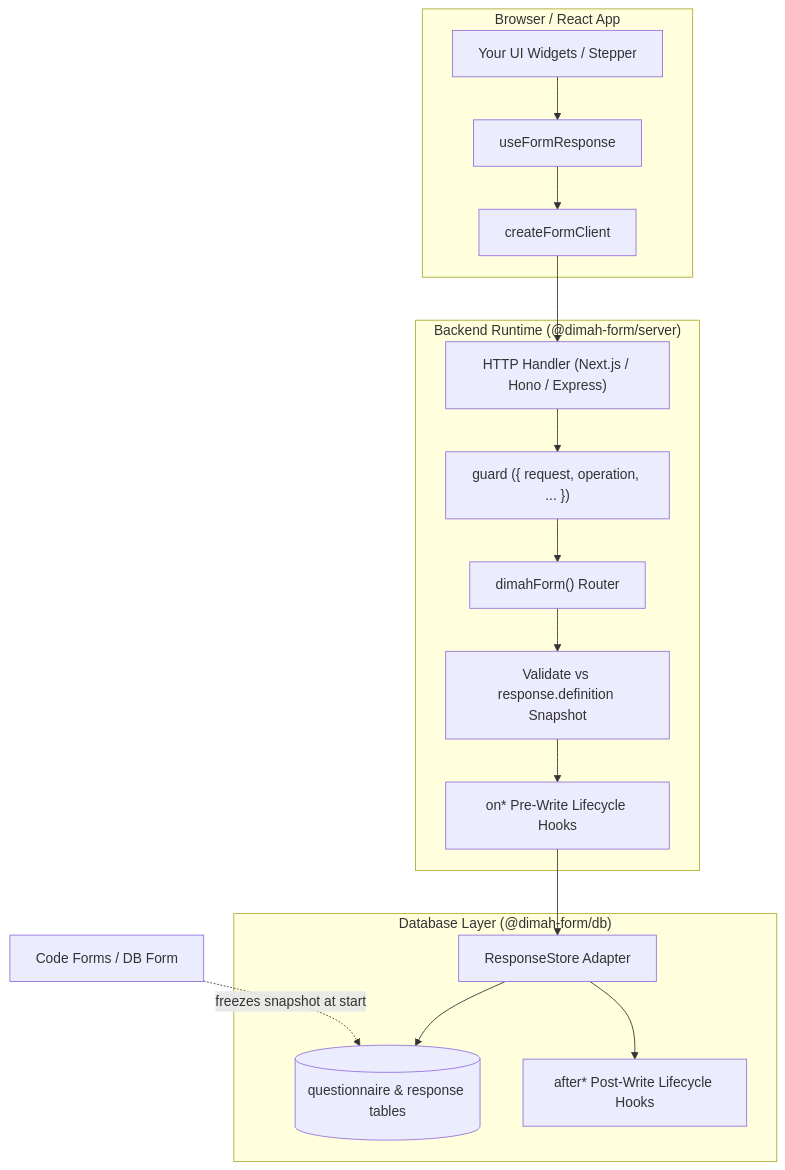
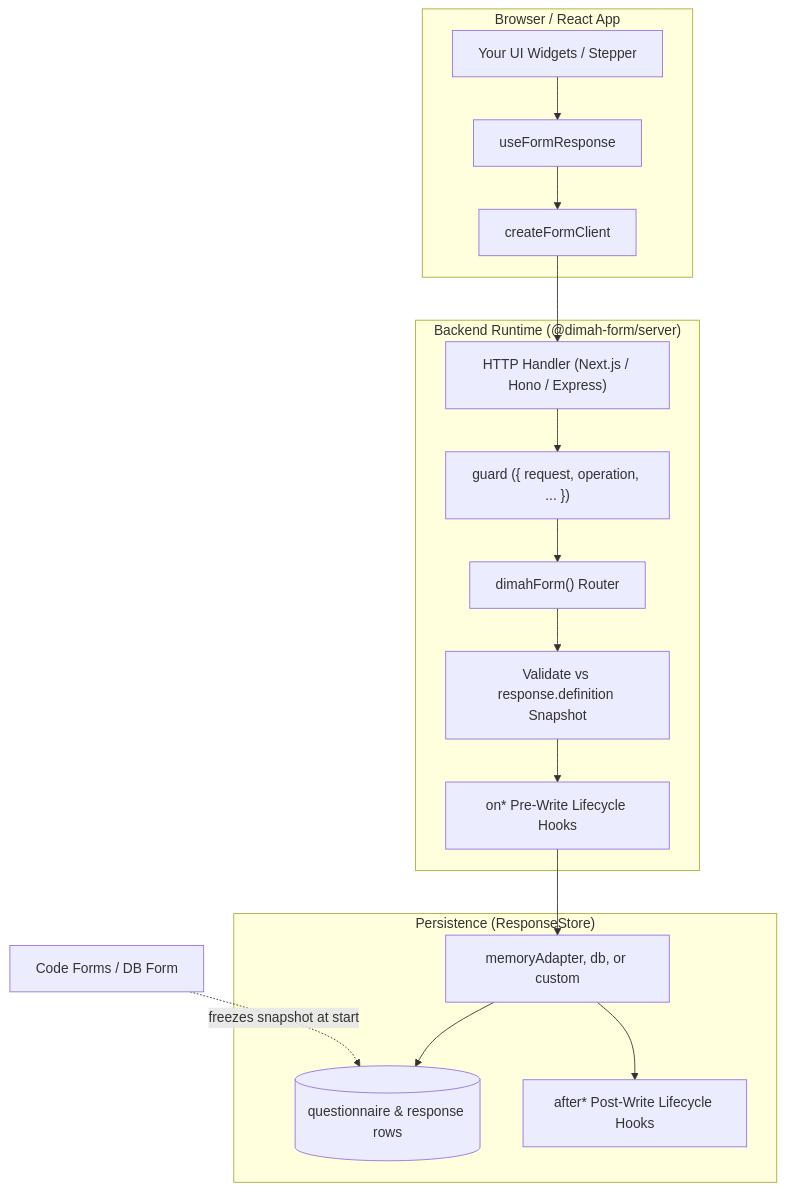
One commit to dimah-kz/dimah-form changed the diagram in apps/docs/content/docs/(concepts)/architecture.mdx. Above: the diagram before and after it, drawn with Mermaid. The commit also changed other lines of this file and 12 other files, not shown here.

First line of the commit message:
Update documentation to clarify database adapter requirements

````diff
--- a/apps/docs/content/docs/(concepts)/architecture.mdx
+++ b/apps/docs/content/docs/(concepts)/architecture.mdx
@@ -43,23 +43,23 @@
 ```mermaid
 flowchart TD
   subgraph Client ["Browser / React App"]
     UI["Your UI Widgets / Stepper"] --> Hook["useFormResponse"]
     Hook --> HTTPClient["createFormClient"]
   end
 
   subgraph Server ["Backend Runtime (@dimah-form/server)"]
     HTTPClient --> Route["HTTP Handler (Next.js / Hono / Express)"]
     Route --> Guard["guard ({ request, operation, ... })"]
     Guard --> Engine["dimahForm() Router"]
     Engine --> SnapshotVal["Validate vs response.definition Snapshot"]
     SnapshotVal --> PreHooks["on* Pre-Write Lifecycle Hooks"]
   end
 
-  subgraph Storage ["Database Layer (@dimah-form/db)"]
-    PreHooks --> Store["ResponseStore Adapter"]
-    Store --> Tables[("questionnaire & response tables")]
+  subgraph Storage ["Persistence (ResponseStore)"]
+    PreHooks --> Store["memoryAdapter, db, or custom"]
+    Store --> Tables[("questionnaire & response rows")]
     Store --> PostHooks["after* Post-Write Lifecycle Hooks"]
   end
 
   LiveDoc["Code Forms / DB Form"] -.->|"freezes snapshot at start"| Tables
 ```
````
